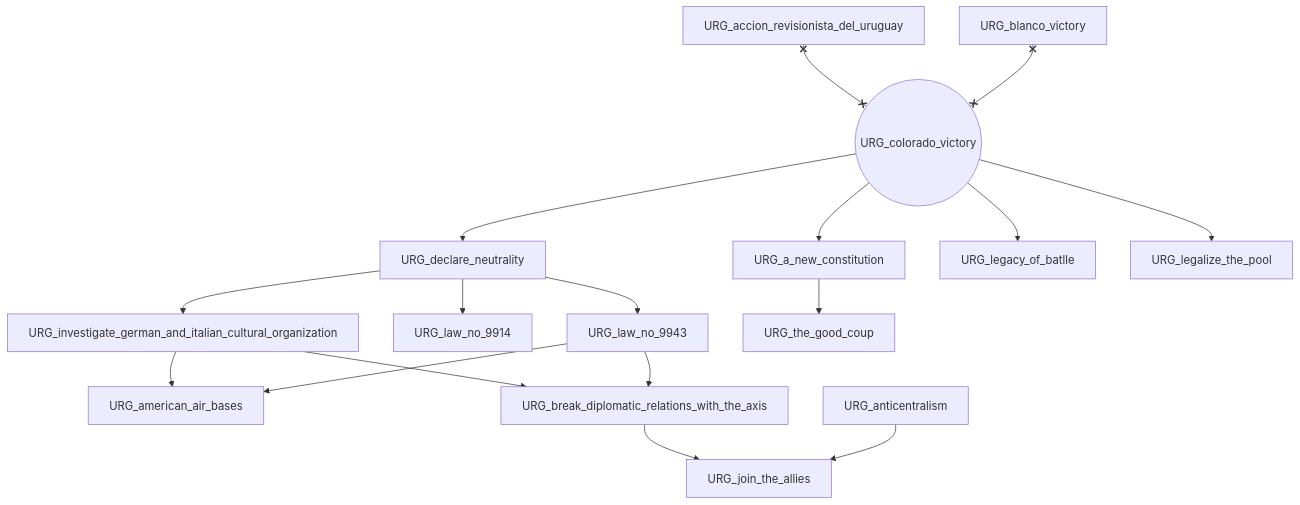
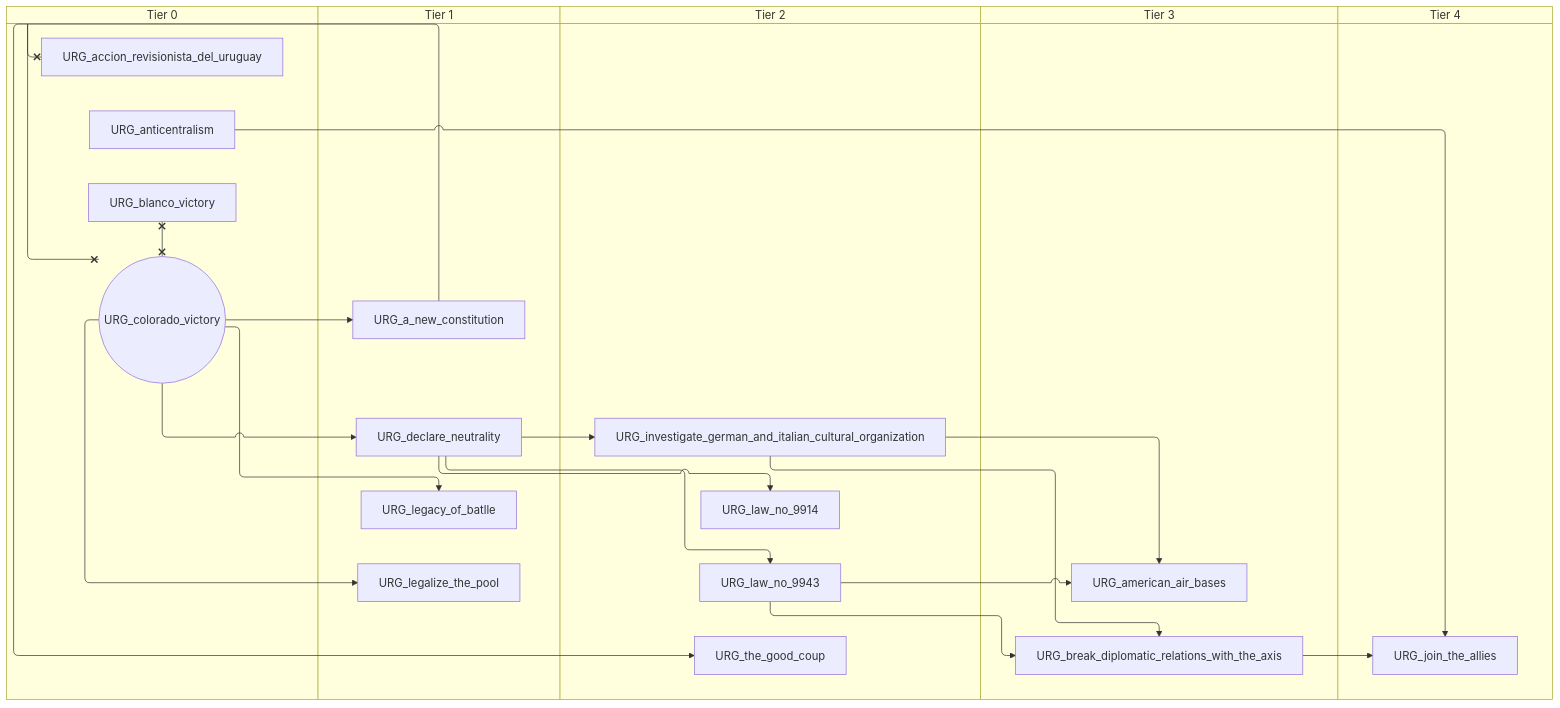
One commit to evgeny-sobol/hoi4-sandbox-mode changed the second of 3 diagrams in docs/gdd/National Focuses/uruguay.md. Above: the diagram before and after it, drawn with Mermaid. The commit also changed other lines of this file and 80 other files, not shown here.

First line of the commit message:
Add swimlane mode to focus graph exporter

````diff
--- a/docs/gdd/National Focuses/uruguay.md
+++ b/docs/gdd/National Focuses/uruguay.md
@@ -31,34 +41,44 @@
 ```mermaid
-flowchart TD
-    n12["URG_a_new_constitution"]
-    n1["URG_accion_revisionista_del_uruguay"]
-    n13["URG_american_air_bases"]
-    n4["URG_anticentralism"]
-    n5["URG_blanco_victory"]
-    n6["URG_break_diplomatic_relations_with_the_axis"]
-    n7(("URG_colorado_victory"))
-    n14["URG_declare_neutrality"]
-    n15["URG_investigate_german_and_italian_cultural_organization"]
-    n9["URG_join_the_allies"]
-    n16["URG_law_no_9914"]
-    n17["URG_law_no_9943"]
-    n18["URG_legacy_of_batlle"]
-    n19["URG_legalize_the_pool"]
-    n20["URG_the_good_coup"]
-    n7 --> n12
-    n15 --> n13
-    n17 --> n13
-    n15 --> n6
-    n17 --> n6
-    n7 --> n14
-    n14 --> n15
-    n6 --> n9
-    n4 --> n9
-    n14 --> n16
-    n14 --> n17
-    n7 --> n18
-    n7 --> n19
-    n12 --> n20
-    n1 x--x n7
-    n5 x--x n7
+swimlane-beta TD
+    subgraph tier_0["Tier 0"]
+        n1["URG_accion_revisionista_del_uruguay"]
+        n10["URG_anticentralism"]
+        n2["URG_blanco_victory"]
+        n4(("URG_colorado_victory"))
+    end
+    subgraph tier_1["Tier 1"]
+        n12["URG_a_new_constitution"]
+        n13["URG_declare_neutrality"]
+        n14["URG_legacy_of_batlle"]
+        n15["URG_legalize_the_pool"]
+    end
+    subgraph tier_2["Tier 2"]
+        n16["URG_investigate_german_and_italian_cultural_organization"]
+        n17["URG_law_no_9914"]
+        n18["URG_law_no_9943"]
+        n19["URG_the_good_coup"]
+    end
+    subgraph tier_3["Tier 3"]
+        n20["URG_american_air_bases"]
+        n3["URG_break_diplomatic_relations_with_the_axis"]
+    end
+    subgraph tier_4["Tier 4"]
+        n11["URG_join_the_allies"]
+    end
+    n4 --> n12
+    n16 --> n20
+    n18 --> n20
+    n16 --> n3
+    n18 --> n3
+    n4 --> n13
+    n13 --> n16
+    n3 --> n11
+    n10 --> n11
+    n13 --> n17
+    n13 --> n18
+    n4 --> n14
+    n4 --> n15
+    n12 --> n19
+    n1 x--x n4
+    n2 x--x n4
 ```
````
